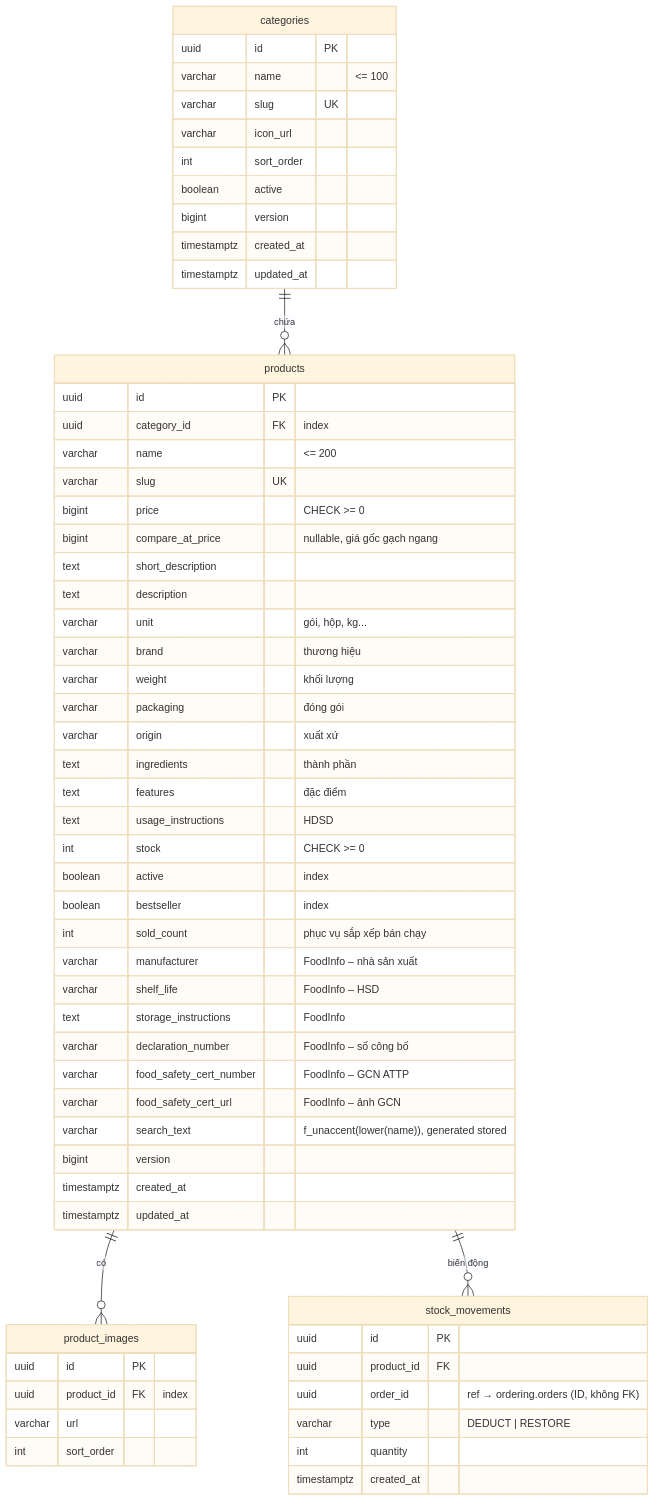
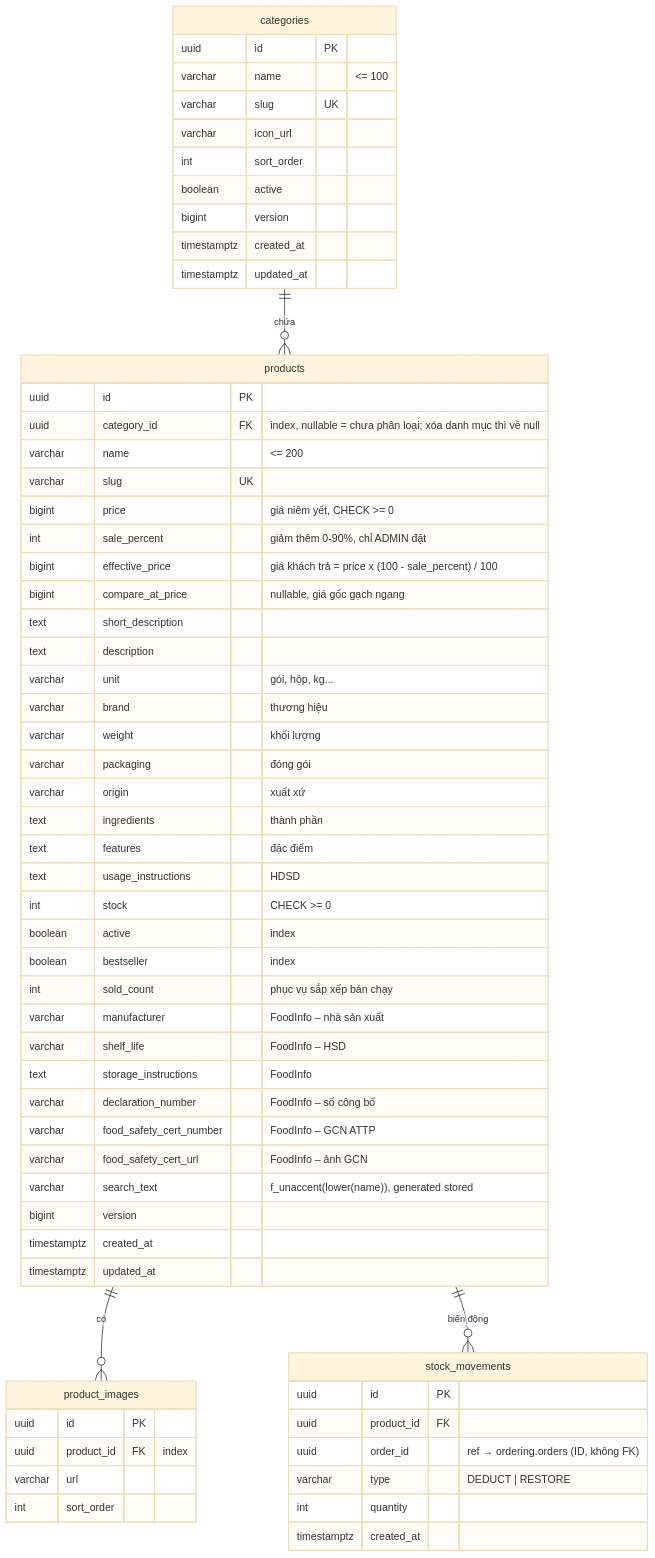
One commit to Vietnguyen203/Hwingroupweb changed the second of 6 diagrams in docs/02-erd.md. Above: the diagram before and after it, drawn with Mermaid (base theme). The commit also changed 7 other files, not shown here.

````diff
--- a/docs/02-erd.md
+++ b/docs/02-erd.md
@@ -88,67 +88,69 @@
 ```mermaid
 erDiagram
     categories ||--o{ products : "chứa"
     products ||--o{ product_images : "có"
     products ||--o{ stock_movements : "biến động"
 
     categories {
         uuid id PK
         varchar name "<= 100"
         varchar slug UK
         varchar icon_url
         int sort_order
         boolean active
         bigint version
         timestamptz created_at
         timestamptz updated_at
     }
 
     products {
         uuid id PK
-        uuid category_id FK "index"
+        uuid category_id FK "index, nullable = chưa phân loại; xóa danh mục thì về null"
         varchar name "<= 200"
         varchar slug UK
-        bigint price "CHECK >= 0"
+        bigint price "giá niêm yết, CHECK >= 0"
+        int sale_percent "giảm thêm 0-90%, chỉ ADMIN đặt"
+        bigint effective_price "giá khách trả = price x (100 - sale_percent) / 100"
         bigint compare_at_price "nullable, giá gốc gạch ngang"
         text short_description
         text description
         varchar unit "gói, hộp, kg..."
         varchar brand "thương hiệu"
         varchar weight "khối lượng"
         varchar packaging "đóng gói"
         varchar origin "xuất xứ"
         text ingredients "thành phần"
         text features "đặc điểm"
         text usage_instructions "HDSD"
         int stock "CHECK >= 0"
         boolean active "index"
         boolean bestseller "index"
         int sold_count "phục vụ sắp xếp bán chạy"
         varchar manufacturer "FoodInfo – nhà sản xuất"
         varchar shelf_life "FoodInfo – HSD"
         text storage_instructions "FoodInfo"
         varchar declaration_number "FoodInfo – số công bố"
         varchar food_safety_cert_number "FoodInfo – GCN ATTP"
         varchar food_safety_cert_url "FoodInfo – ảnh GCN"
         varchar search_text "f_unaccent(lower(name)), generated stored"
         bigint version
         timestamptz created_at
         timestamptz updated_at
     }
 
     product_images {
         uuid id PK
         uuid product_id FK "index"
         varchar url
         int sort_order
     }
 
     stock_movements {
         uuid id PK
         uuid product_id FK
         uuid order_id "ref → ordering.orders (ID, không FK)"
         varchar type "DEDUCT | RESTORE"
         int quantity
         timestamptz created_at
     }
 ```
````
